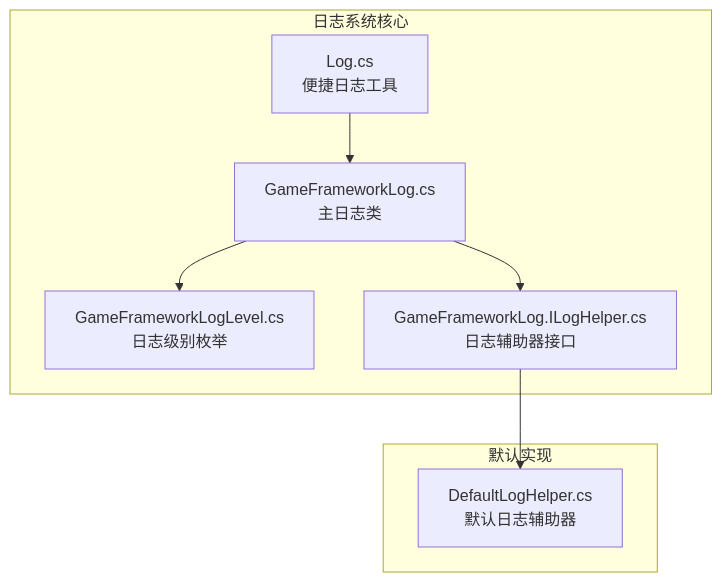
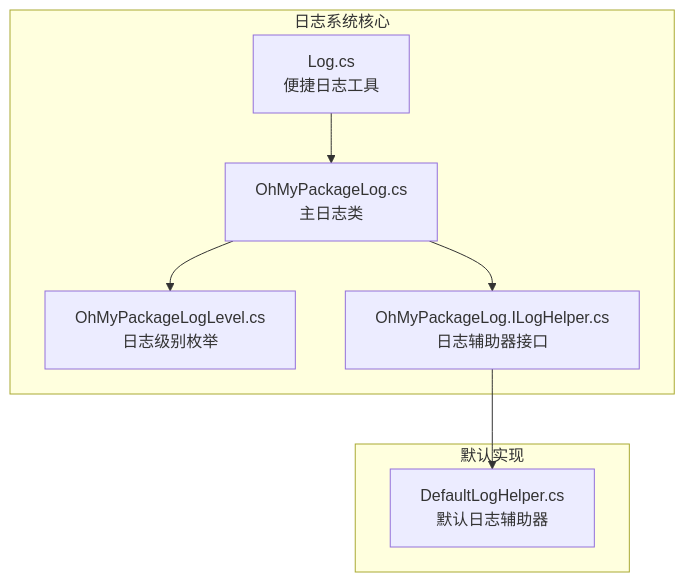
Before and after one commit to OxygenIsland/MyGame: the first of 8 diagrams in repowiki/zh/content/性能优化/性能监控系统/日志系统架构.md, drawn with Mermaid. The commit also changed other lines of this file and 34 other files, not shown here.

````diff
--- a/repowiki/zh/content/性能优化/性能监控系统/日志系统架构.md
+++ b/repowiki/zh/content/性能优化/性能监控系统/日志系统架构.md
@@ -31,16 +31,16 @@
 ```mermaid
 graph TB
 subgraph "日志系统核心"
-A[GameFrameworkLog.cs<br/>主日志类]
-B[GameFrameworkLogLevel.cs<br/>日志级别枚举]
-C[GameFrameworkLog.ILogHelper.cs<br/>日志辅助器接口]
+A[OhMyPackageLog.cs<br/>主日志类]
+B[OhMyPackageLogLevel.cs<br/>日志级别枚举]
+C[OhMyPackageLog.ILogHelper.cs<br/>日志辅助器接口]
 D[Log.cs<br/>便捷日志工具]
 end
 subgraph "默认实现"
 E[DefaultLogHelper.cs<br/>默认日志辅助器]
 end
 A --> B
 A --> C
 D --> A
 C --> E
 ```
````
